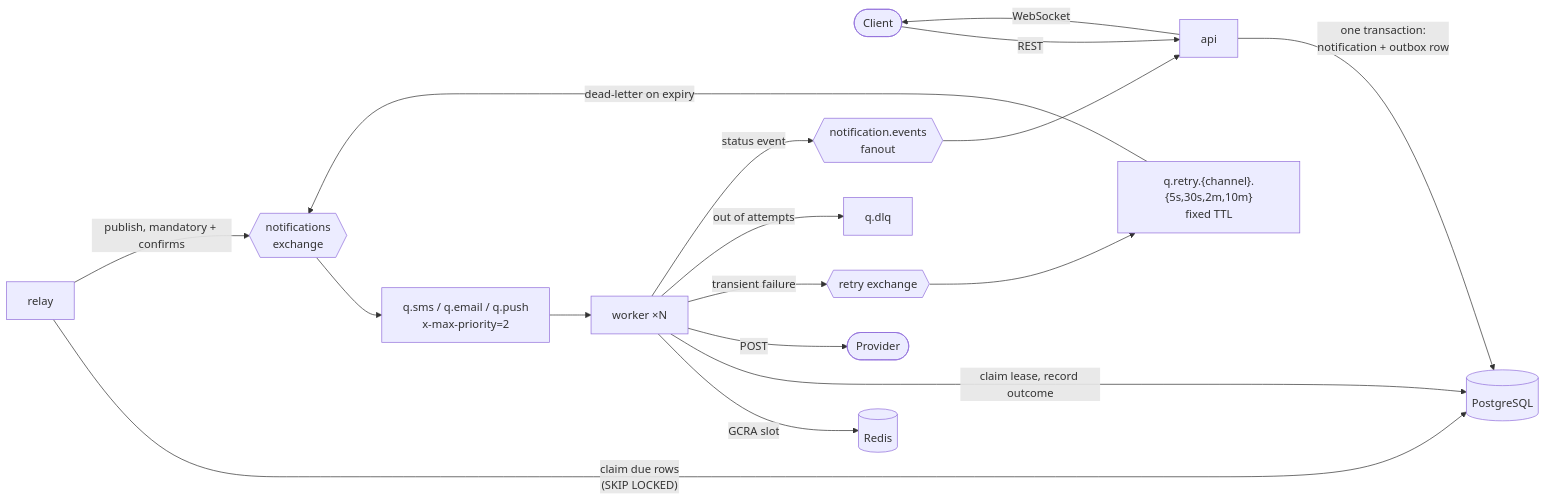
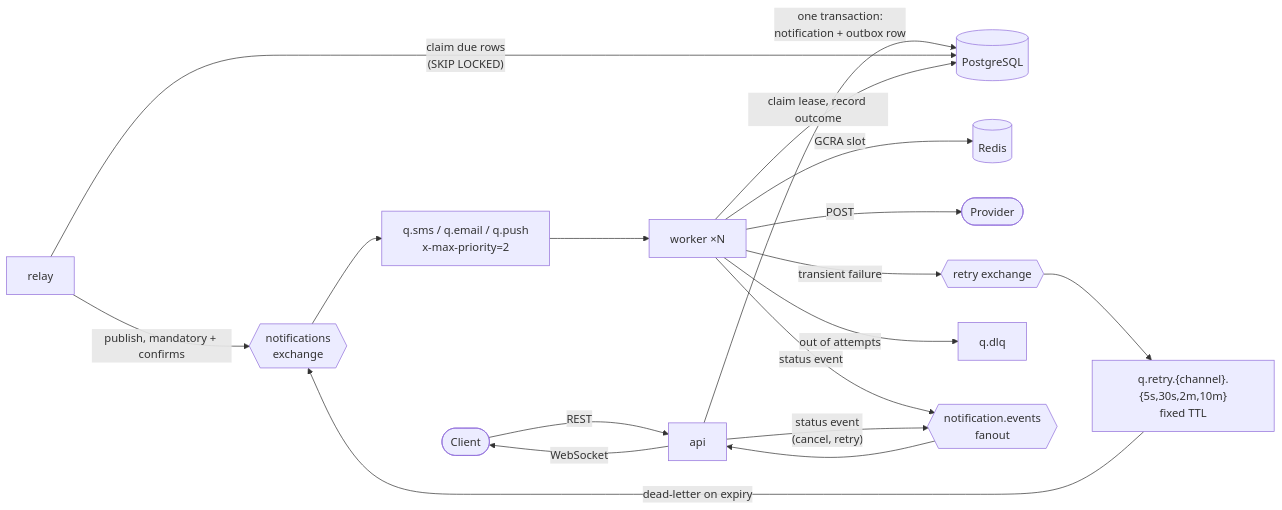
The diagram in README.md (hkln4/go-notification-service), drawn with Mermaid before and after one commit. The commit also changed other lines of this file and 5 other files, not shown here.

First line of the commit message:
fix(api): publish status events for cancel and retry

````diff
--- a/README.md
+++ b/README.md
@@ -82,19 +82,20 @@
 ```mermaid
 flowchart LR
     client([Client]) -- REST --> api[api]
     api -- "one transaction:<br/>notification + outbox row" --> pg[(PostgreSQL)]
     relay[relay] -- "claim due rows<br/>(SKIP LOCKED)" --> pg
     relay -- "publish, mandatory + confirms" --> ex{{notifications<br/>exchange}}
     ex --> qs[q.sms / q.email / q.push<br/>x-max-priority=2]
     qs --> worker[worker ×N]
     worker -- "GCRA slot" --> redis[(Redis)]
     worker -- "claim lease, record outcome" --> pg
     worker -- POST --> provider([Provider])
     worker -- "transient failure" --> retry{{retry exchange}}
     retry --> rq["q.retry.{channel}.{5s,30s,2m,10m}<br/>fixed TTL"]
     rq -- "dead-letter on expiry" --> ex
     worker -- "out of attempts" --> dlq[q.dlq]
     worker -- "status event" --> events{{notification.events<br/>fanout}}
+    api -- "status event<br/>(cancel, retry)" --> events
     events --> api
     api -- WebSocket --> client
 ```
````
